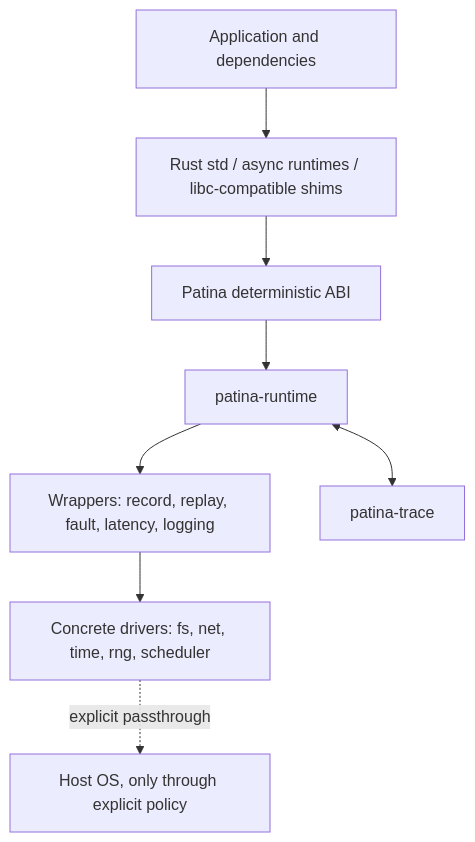
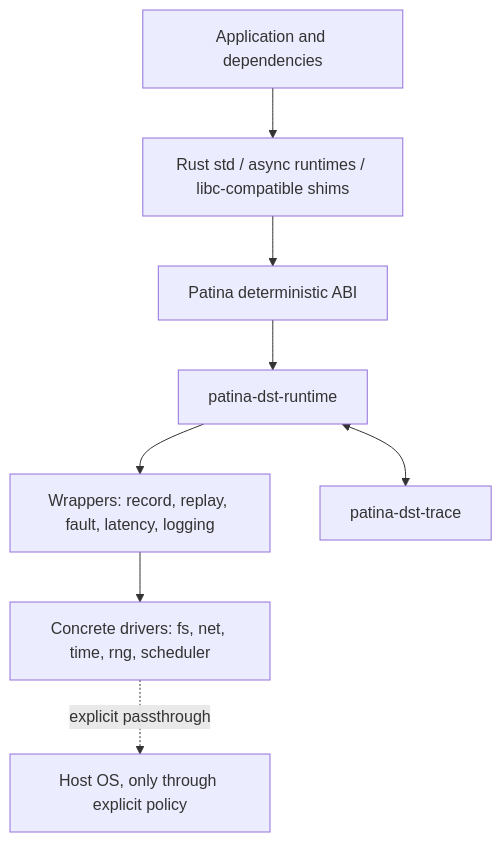
One commit to JacobHayes/patina changed the first of 3 diagrams in ARCHITECTURE.md. Above: the diagram before and after it, drawn with Mermaid. The commit also changed other lines of this file and 91 other files, not shown here.

First line of the commit message:
rename crates.io packages to the patina-dst namespace

````diff
--- a/ARCHITECTURE.md
+++ b/ARCHITECTURE.md
@@ -7,19 +7,19 @@
 ```mermaid
 flowchart TD
     App[Application and dependencies]
     Std[Rust std / async runtimes / libc-compatible shims]
     ABI[Patina deterministic ABI]
-    Runtime[patina-runtime]
+    Runtime[patina-dst-runtime]
     Wrappers[Wrappers: record, replay, fault, latency, logging]
     Drivers[Concrete drivers: fs, net, time, rng, scheduler]
     Host[Host OS, only through explicit policy]
-    Trace[patina-trace]
+    Trace[patina-dst-trace]
 
     App --> Std
     Std --> ABI
     ABI --> Runtime
     Runtime --> Wrappers
     Wrappers --> Drivers
     Drivers -. explicit passthrough .-> Host
     Runtime <--> Trace
 ```
````
